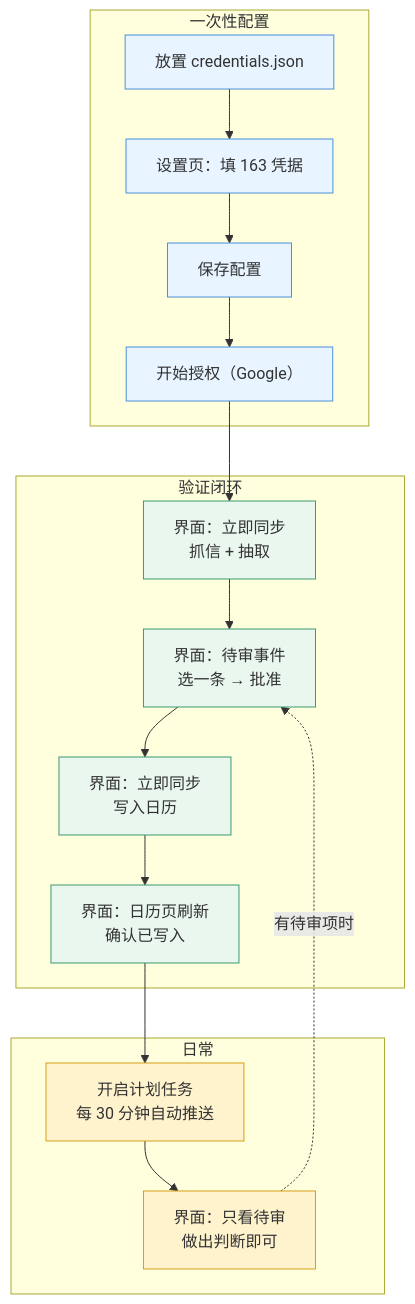
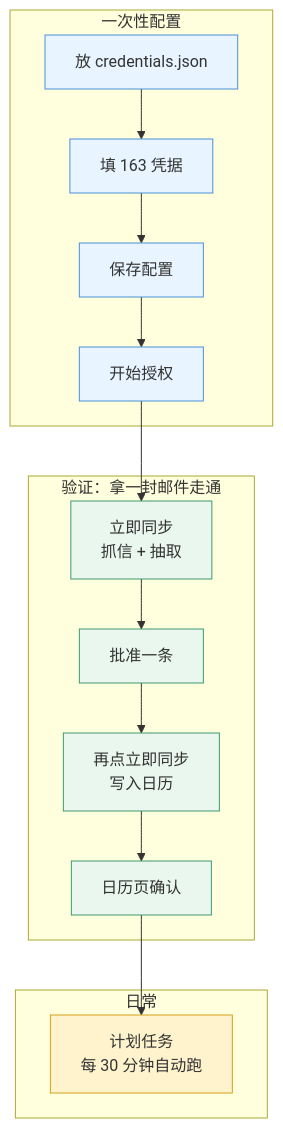
The diagram in docs/guide-gui.md (GoingFall/auto-mail), drawn with Mermaid before and after one commit. The commit also changed other lines of this file and 3 other files, not shown here.

````diff
--- a/docs/guide-gui.md
+++ b/docs/guide-gui.md
@@ -57,30 +18,28 @@
 ```mermaid
 flowchart TB
     subgraph S1["一次性配置"]
-        C1["放置 credentials.json"]
-        C2["设置页：填 163 凭据"]
+        C1["放 credentials.json"]
+        C2["填 163 凭据"]
         C3["保存配置"]
-        C4["开始授权（Google）"]
+        C4["开始授权"]
     end
-    subgraph S2["验证闭环"]
-        V1["界面：立即同步<br/>抓信 + 抽取"]
-        V2["界面：待审事件<br/>选一条 → 批准"]
-        V3["界面：立即同步<br/>写入日历"]
-        V4["界面：日历页刷新<br/>确认已写入"]
+    subgraph S2["验证：拿一封邮件走通"]
+        V1["立即同步<br/>抓信 + 抽取"]
+        V2["批准一条"]
+        V3["再点立即同步<br/>写入日历"]
+        V4["日历页确认"]
     end
     subgraph S3["日常"]
-        D1["开启计划任务<br/>每 30 分钟自动推送"]
-        D2["界面：只看待审<br/>做出判断即可"]
+        D1["计划任务<br/>每 30 分钟自动跑"]
     end
     C1 --> C2 --> C3 --> C4 --> V1
     V1 --> V2 --> V3 --> V4
-    V4 --> D1 --> D2
-    D2 -.->|"有待审项时"| V2
+    V4 --> D1
 
     classDef setup fill:#e8f4ff,stroke:#4a90d9
     classDef gui fill:#e9f7ef,stroke:#3d9970
     classDef daily fill:#fff3cd,stroke:#d4a017
     class C1,C2,C3,C4 setup
     class V1,V2,V3,V4 gui
-    class D1,D2 daily
+    class D1 daily
 ```
````
